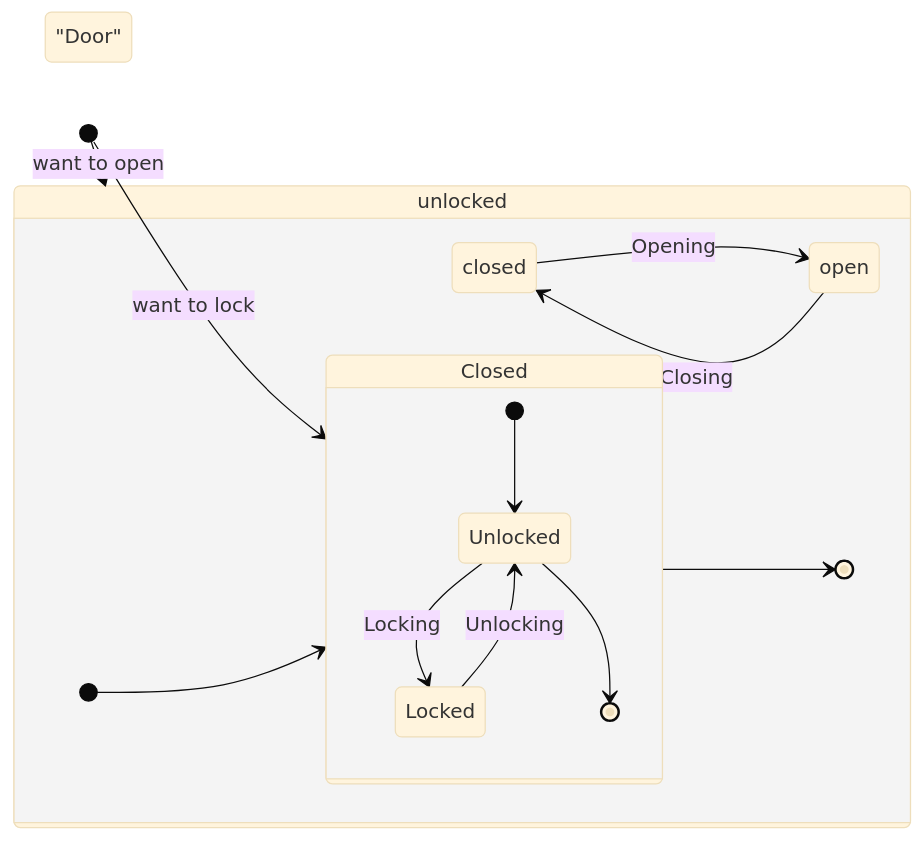
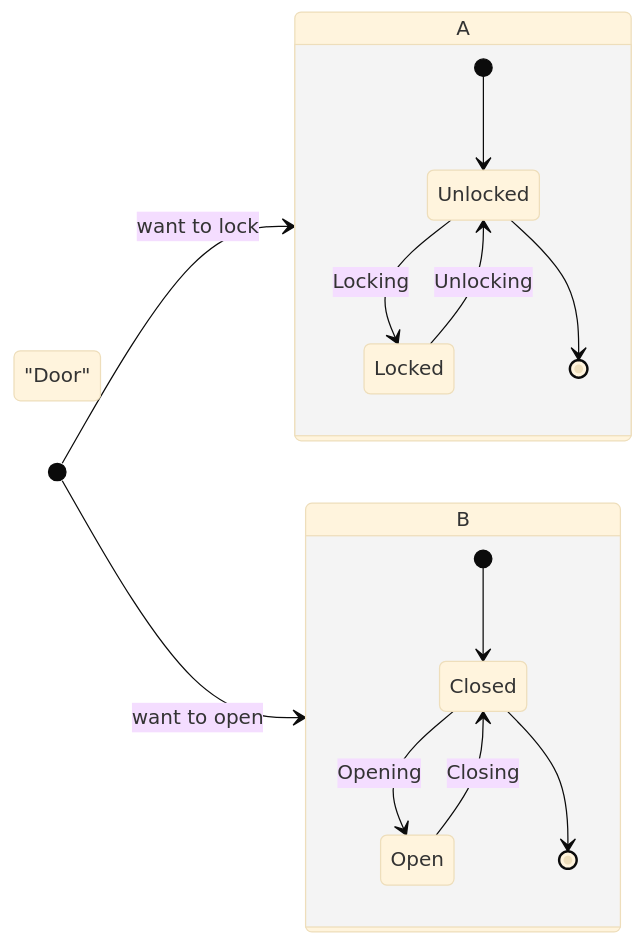
Before and after one commit to fletchjp/StateMachine: the seventh of 7 diagrams in README.md, drawn with Mermaid (base theme).

Commit message:
Update README.md
Change names

````diff
--- a/README.md
+++ b/README.md
@@ -84,19 +84,19 @@
 ```mermaid
    stateDiagram-v2
    direction LR
    state: "Door"
-   [*] --> Closed : want to lock
-   state Closed {
+   [*] --> A : want to lock
+   state A {
    [*] --> Unlocked
    Unlocked --> Locked : Locking
    Locked --> Unlocked : Unlocking
    Unlocked --> [*]
    }
-   [*] --> unlocked : want to open
-   state unlocked {
+   [*] --> B : want to open
+   state B {
    [*] --> Closed
-   closed --> open : Opening
-   open --> closed : Closing
+   Closed --> Open : Opening
+   Open --> Closed : Closing
    Closed --> [*]
    }
 ```
````
